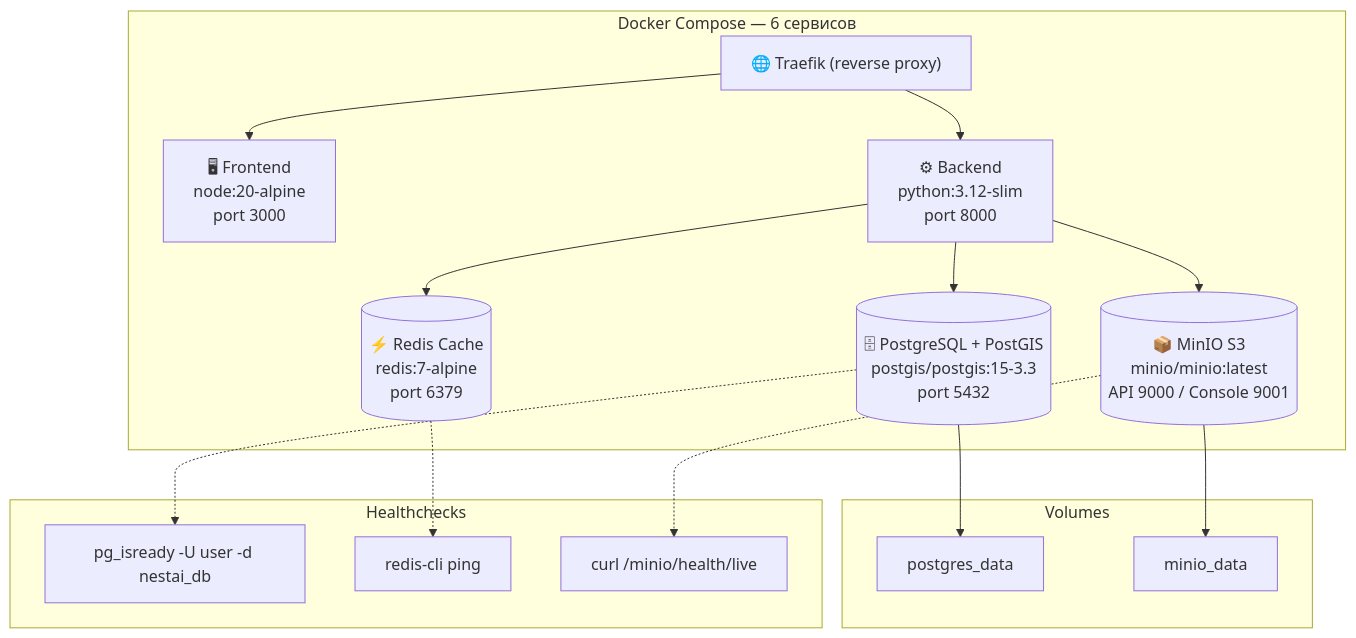
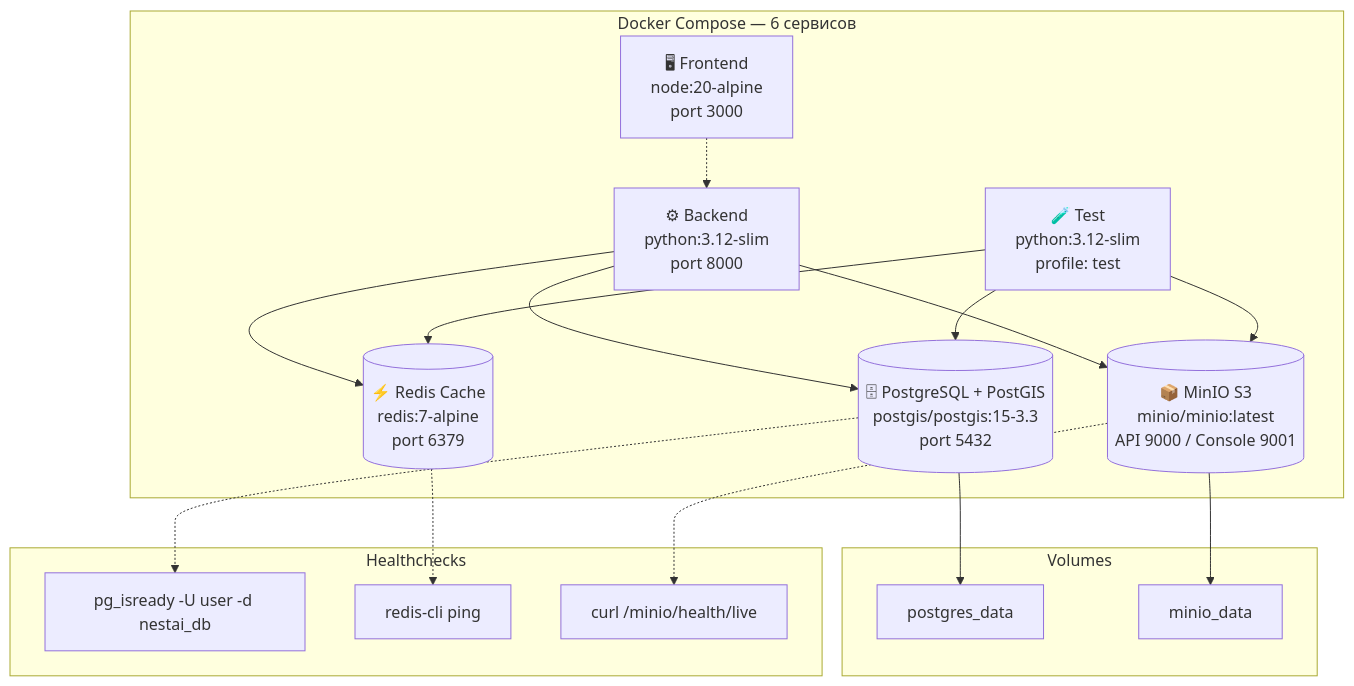
The diagram in DOCKER.md (tolstosheev/real-estate-recommendation-system), drawn with Mermaid before and after one commit. The commit also changed other lines of this file and 4 other files, not shown here.

Commit message:
docs: fix inaccuracies found during code audit — Traefik/test, PostGIS entrypoint, Quality Gate split, missing env vars, UID 1000, page count

````diff
--- a/DOCKER.md
+++ b/DOCKER.md
@@ -7,35 +7,37 @@
 ```mermaid
 graph TB
     subgraph "Docker Compose — 6 сервисов"
-        Traefik["🌐 Traefik (reverse proxy)"]
         Frontend["🖥 Frontend<br/>node:20-alpine<br/>port 3000"]
         Backend["⚙ Backend<br/>python:3.12-slim<br/>port 8000"]
         PG[("🗄 PostgreSQL + PostGIS<br/>postgis/postgis:15-3.3<br/>port 5432")]
         Redis[("⚡ Redis Cache<br/>redis:7-alpine<br/>port 6379")]
         MinIO[("📦 MinIO S3<br/>minio/minio:latest<br/>API 9000 / Console 9001")]
+        Test["🧪 Test<br/>python:3.12-slim<br/>profile: test"]
 
-        Traefik --> Frontend
-        Traefik --> Backend
+        Frontend -.-> Backend
         Backend --> PG
         Backend --> Redis
         Backend --> MinIO
+        Test --> PG
+        Test --> Redis
+        Test --> MinIO
     end
 
     subgraph "Volumes"
         V_PG["postgres_data"]
         V_MC["minio_data"]
     end
 
     PG --> V_PG
     MinIO --> V_MC
 
     subgraph "Healthchecks"
         HC_PG["pg_isready -U user -d nestai_db"]
         HC_REDIS["redis-cli ping"]
         HC_MINIO["curl /minio/health/live"]
     end
 
     PG -.-> HC_PG
     Redis -.-> HC_REDIS
     MinIO -.-> HC_MINIO
 ```
````
